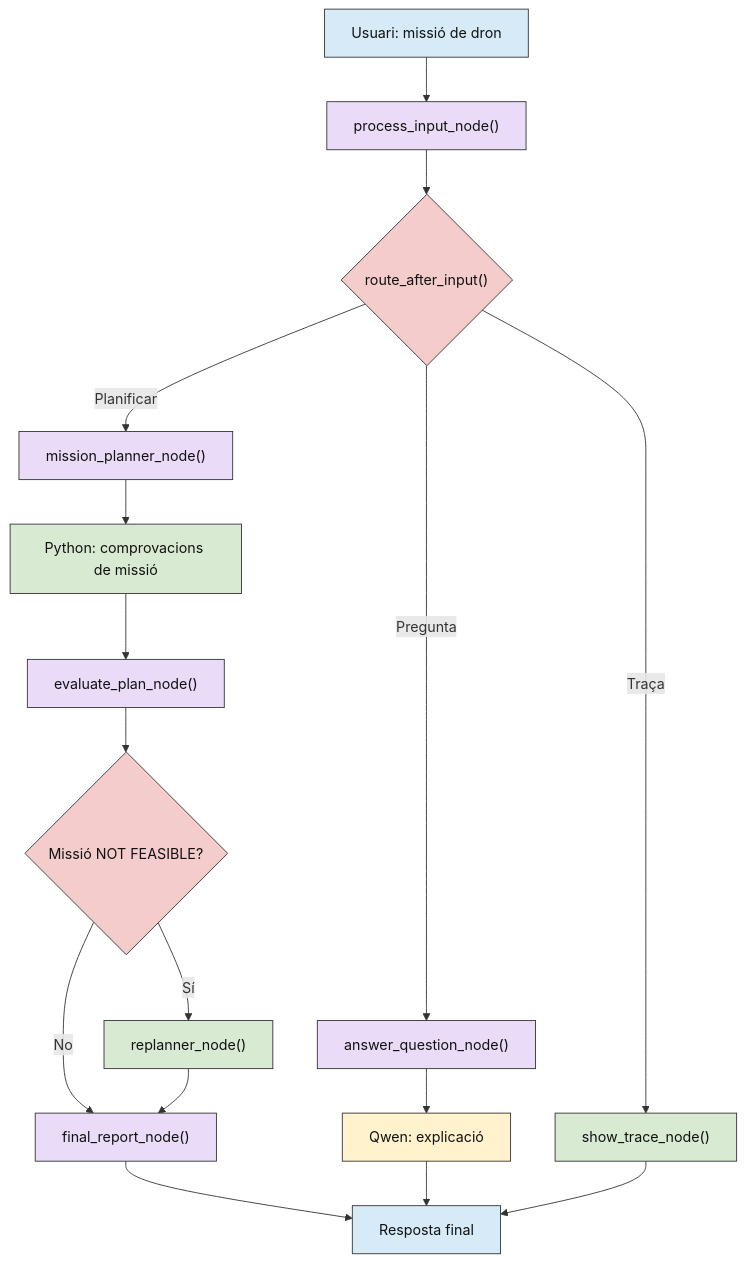
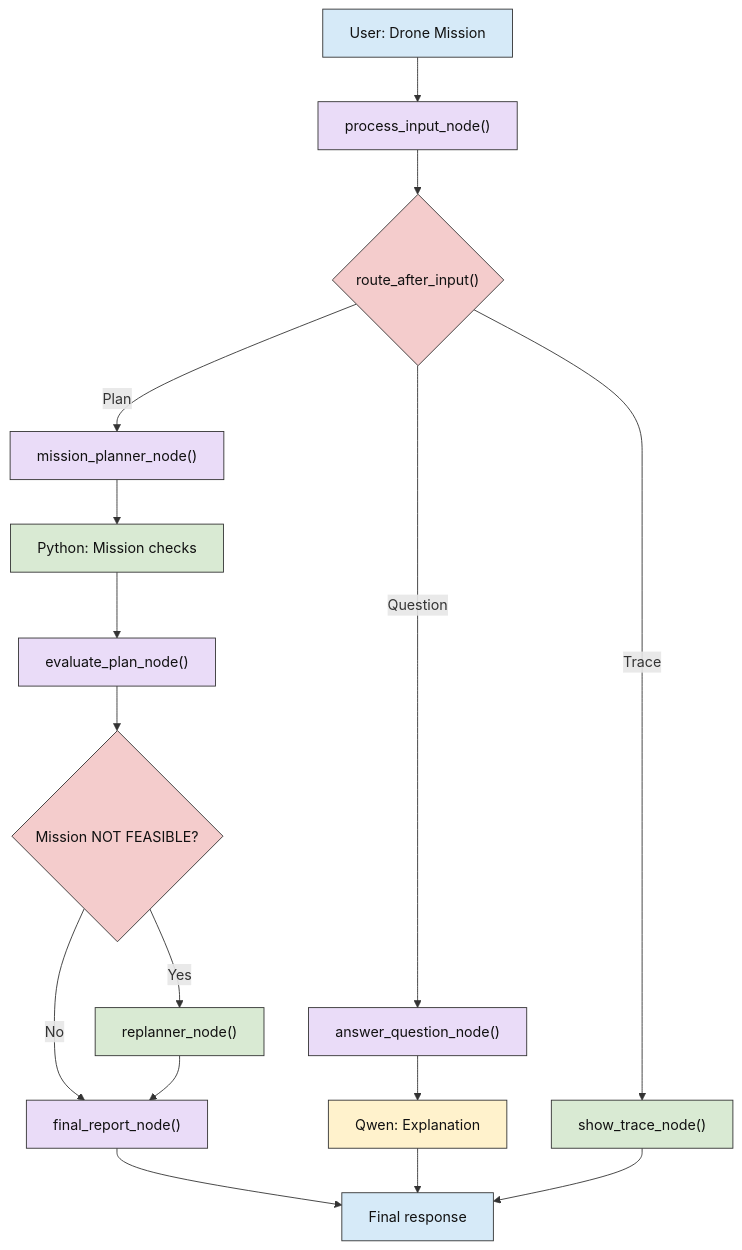
The sixth of 15 diagrams in AI_Observability/docs/08_examples.md (eetac/Visual_tools_for_AI), drawn with Mermaid before and after one commit. The commit also changed other lines of this file and 31 other files, not shown here.

````diff
--- a/AI_Observability/docs/08_examples.md
+++ b/AI_Observability/docs/08_examples.md
@@ -549,30 +549,30 @@
 ```mermaid
 flowchart TD
-    U["Usuari: missió de dron"] --> P["process_input_node()"]
+    U["User: Drone Mission"] --> P["process_input_node()"]
     P --> R{"route_after_input()"}
-    R -->|Planificar| PL["mission_planner_node()"]
-    PL --> C["Python: comprovacions de missió"]
+    R -->|Plan| PL["mission_planner_node()"]
+    PL --> C["Python: Mission checks"]
     C --> EV["evaluate_plan_node()"]
-    EV --> D{"Missió NOT FEASIBLE?"}
-    D -->|Sí| RP["replanner_node()"]
+    EV --> D{"Mission NOT FEASIBLE?"}
+    D -->|Yes| RP["replanner_node()"]
     D -->|No| F1["final_report_node()"]
     RP --> F1
-    R -->|Pregunta| Q["answer_question_node()"]
-    Q --> L["Qwen: explicació"]
-    R -->|Traça| T["show_trace_node()"]
-    F1 --> F["Resposta final"]
+    R -->|Question| Q["answer_question_node()"]
+    Q --> L["Qwen: Explanation"]
+    R -->|Trace| T["show_trace_node()"]
+    F1 --> F["Final response"]
     L --> F
     T --> F
     class U,F entrada
     class P,PL,EV,F1,Q servei
     class R,D decisio
     class C,RP,T python
     class L llm
     classDef entrada fill:#D6EAF8,stroke:#333333,color:#111111
     classDef llm fill:#FFF2CC,stroke:#333333,color:#111111
     classDef python fill:#D9EAD3,stroke:#333333,color:#111111
     classDef decisio fill:#F4CCCC,stroke:#333333,color:#111111
     classDef servei fill:#EADCF8,stroke:#333333,color:#111111
     classDef agent fill:#FCE5CD,stroke:#333333,color:#111111
     classDef opik fill:#F5F5F5,stroke:#333333,color:#111111
 ```
````
